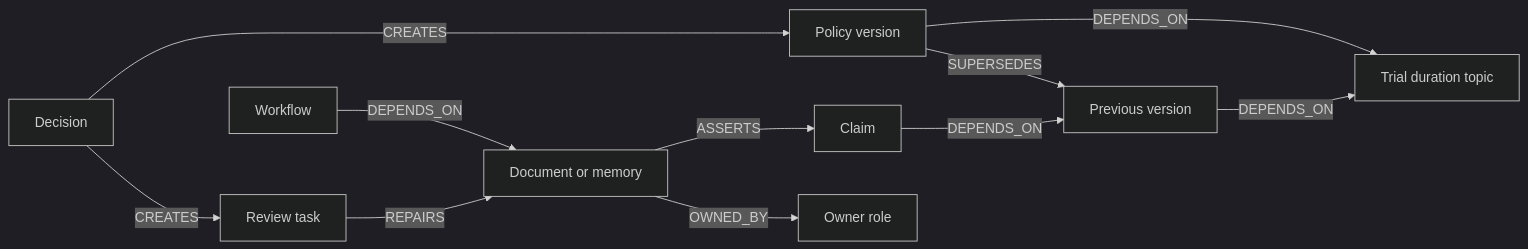
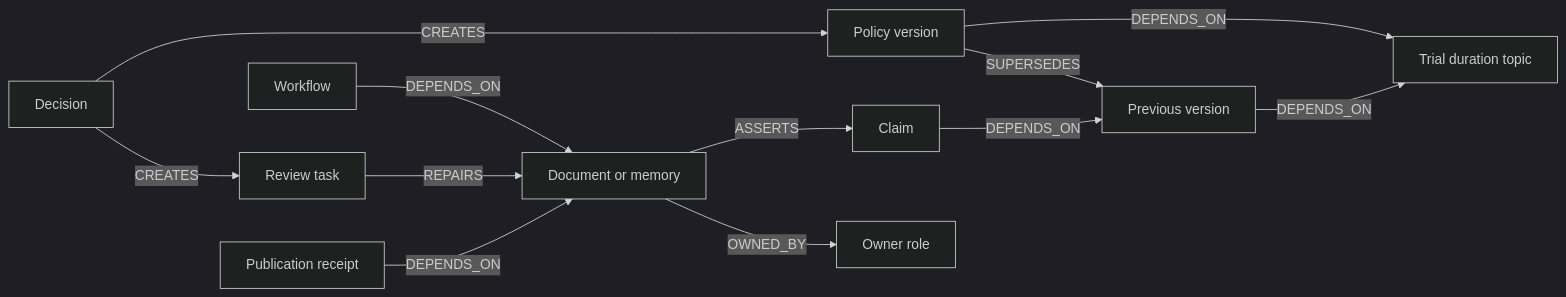
One commit to parthjaina2107/ripple-company-brain changed the diagram in docs/GRAPH_MODEL.md. Above: the diagram before and after it, drawn with Mermaid (dark theme). The commit also changed other lines of this file and 9 other files, not shown here.

Commit message:
Prepare repository documentation for Graph Hacks submission

````diff
--- a/docs/GRAPH_MODEL.md
+++ b/docs/GRAPH_MODEL.md
@@ -18,13 +19,14 @@
 ```mermaid
 graph LR
   D[Decision] -->|CREATES| P[Policy version]
   P -->|SUPERSEDES| O[Previous version]
   P -->|DEPENDS_ON| T[Trial duration topic]
   O -->|DEPENDS_ON| T
   A[Document or memory] -->|ASSERTS| C[Claim]
   C -->|DEPENDS_ON| O
   W[Workflow] -->|DEPENDS_ON| A
   A -->|OWNED_BY| R[Owner role]
   D -->|CREATES| Q[Review task]
   Q -->|REPAIRS| A
+  U[Publication receipt] -->|DEPENDS_ON| A
 ```
````
